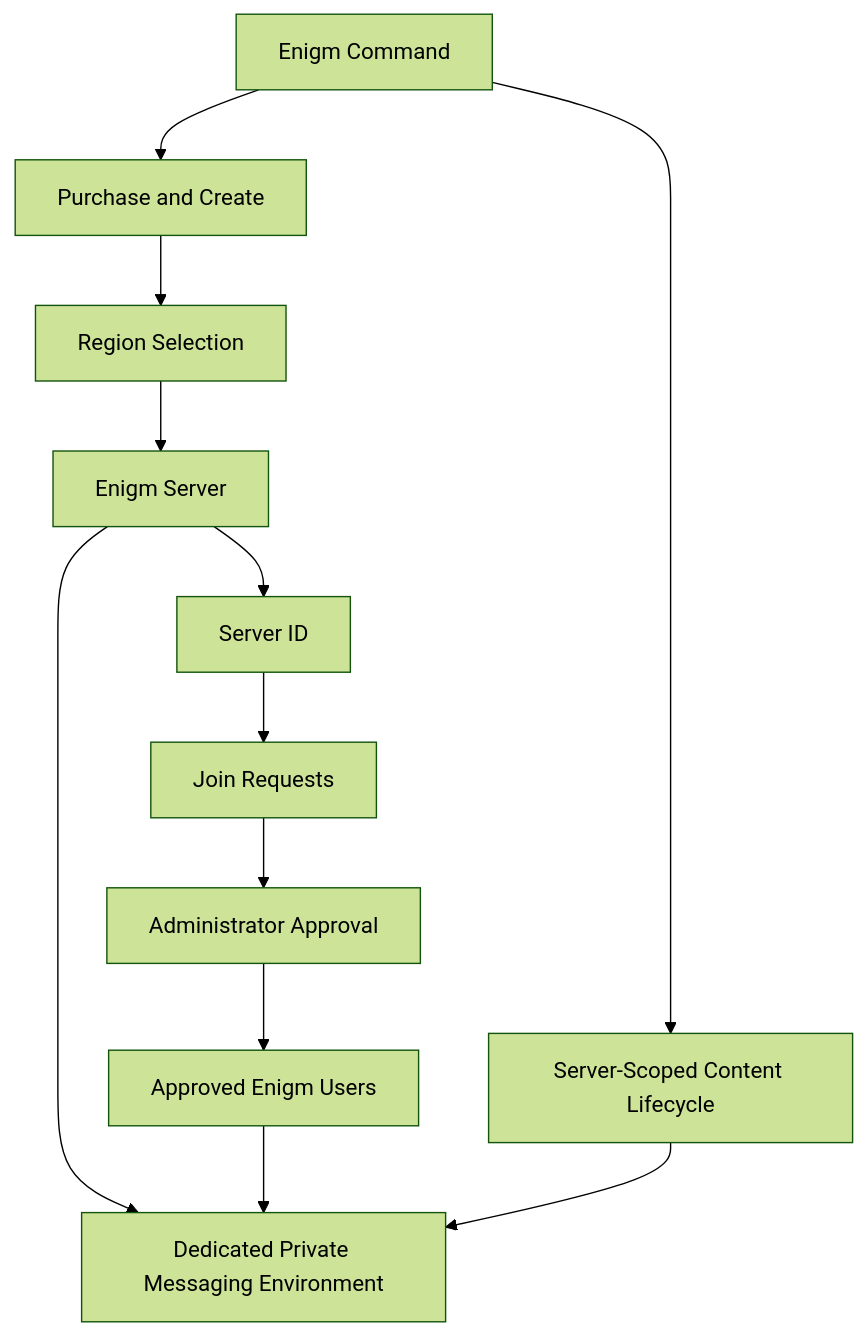
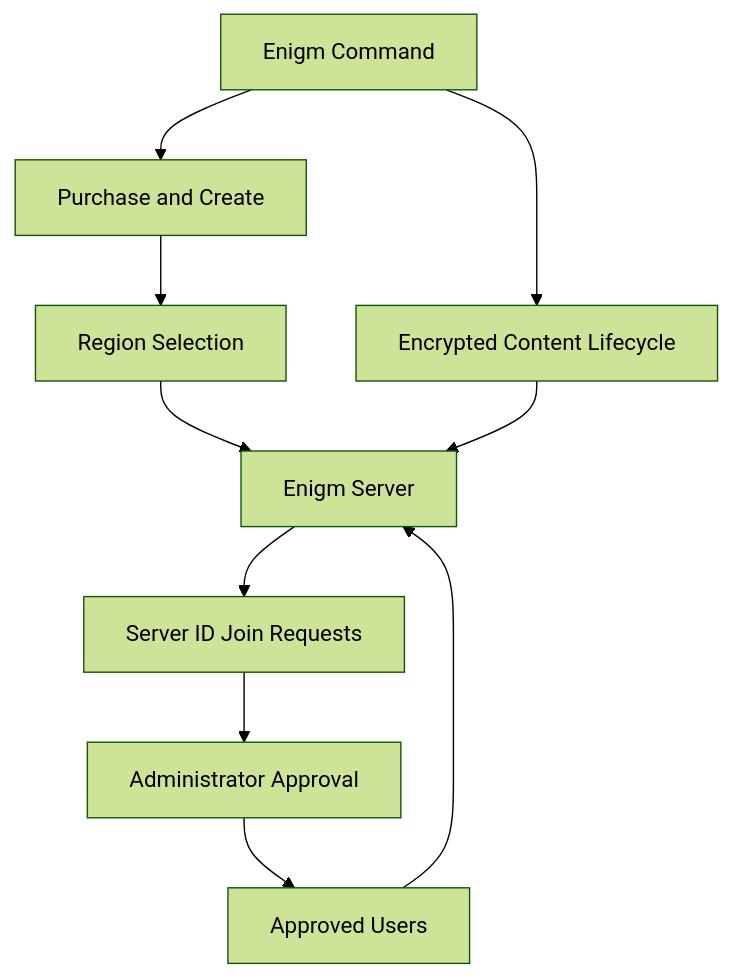
One commit to enigm-llc/docs changed the diagram in server/overview.mdx. Above: the diagram before and after it, drawn with Mermaid (forest theme). The commit also changed other lines of this file and 22 other files, not shown here.

````diff
--- a/server/overview.mdx
+++ b/server/overview.mdx
@@ -36,21 +30,16 @@
 ```mermaid
 flowchart TD
   Command["Enigm Command"]
-  Purchase["Purchase and Create"]
+  Create["Purchase and Create"]
   Region["Region Selection"]
   Server["Enigm Server"]
-  ServerID["Server ID"]
-  Requests["Join Requests"]
+  Requests["Server ID Join Requests"]
   Approval["Administrator Approval"]
-  Env["Dedicated Private Messaging Environment"]
-  Members["Approved Enigm Users"]
-  Lifecycle["Server-Scoped Content Lifecycle"]
+  Members["Approved Users"]
+  Lifecycle["Encrypted Content Lifecycle"]
 
-  Command --> Purchase --> Region --> Server
-  Server --> Env
-  Server --> ServerID
-  ServerID --> Requests --> Approval --> Members
-  Members --> Env
-  Command --> Lifecycle
-  Lifecycle --> Env
+  Command --> Create --> Region --> Server
+  Server --> Requests --> Approval --> Members
+  Members --> Server
+  Command --> Lifecycle --> Server
 ```
````
